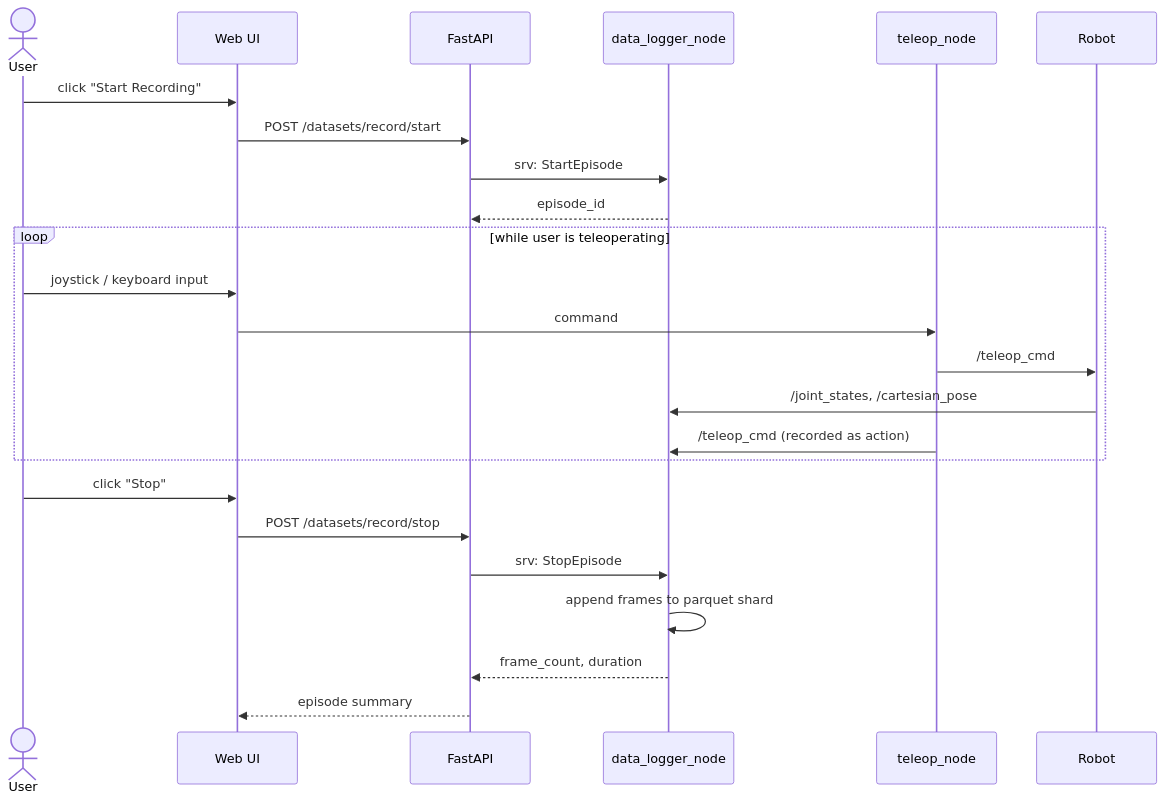
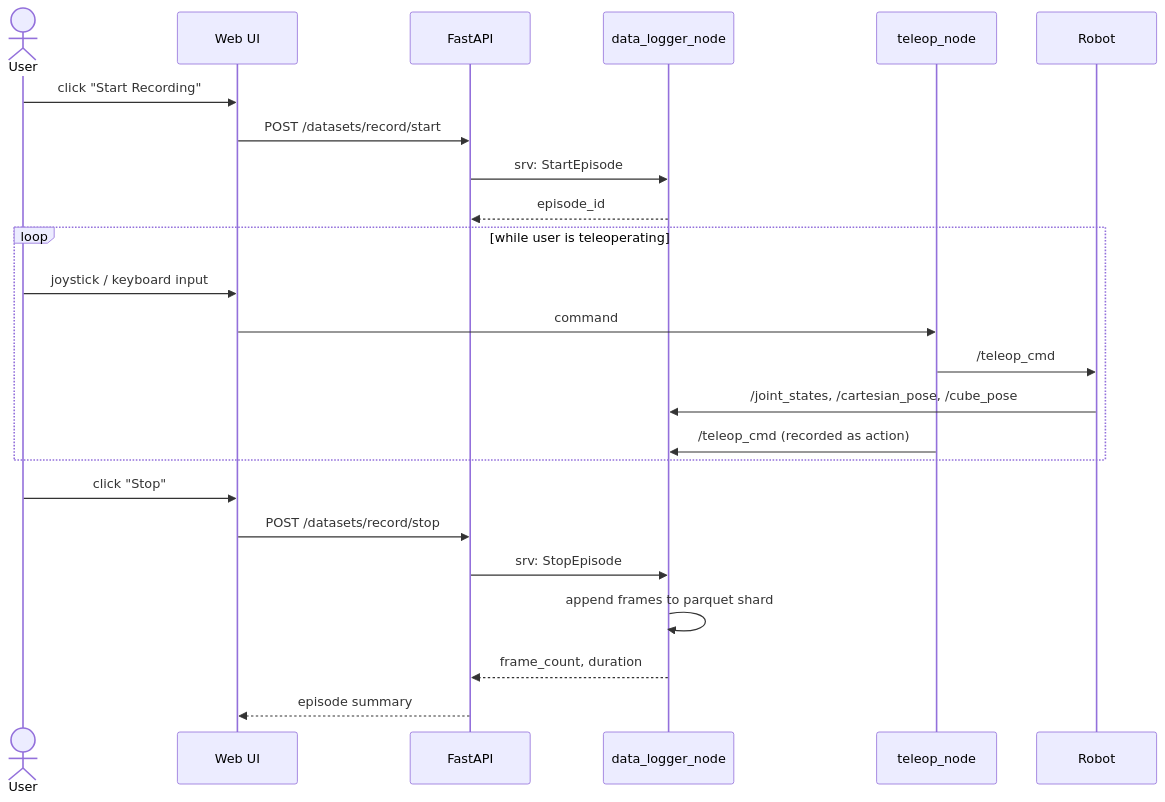
One commit to NZ5253/ros2-il-pipeline changed the third of 6 diagrams in docs/02_architecture_diagrams.md. Above: the diagram before and after it, drawn with Mermaid. The commit also changed other lines of this file, not shown here.

Commit message:
Architecture diagrams: include /cube_pose task-object channel

````diff
--- a/docs/02_architecture_diagrams.md
+++ b/docs/02_architecture_diagrams.md
@@ -97,29 +99,29 @@
 ```mermaid
 sequenceDiagram
     actor User
     participant UI as Web UI
     participant API as FastAPI
     participant Logger as data_logger_node
     participant Teleop as teleop_node
     participant Robot as Robot
 
     User->>UI: click "Start Recording"
     UI->>API: POST /datasets/record/start
     API->>Logger: srv: StartEpisode
     Logger-->>API: episode_id
 
     loop while user is teleoperating
         User->>UI: joystick / keyboard input
         UI->>Teleop: command
         Teleop->>Robot: /teleop_cmd
-        Robot->>Logger: /joint_states, /cartesian_pose
+        Robot->>Logger: /joint_states, /cartesian_pose, /cube_pose
         Teleop->>Logger: /teleop_cmd (recorded as action)
     end
 
     User->>UI: click "Stop"
     UI->>API: POST /datasets/record/stop
     API->>Logger: srv: StopEpisode
     Logger->>Logger: append frames to parquet shard
     Logger-->>API: frame_count, duration
     API-->>UI: episode summary
 ```
````
